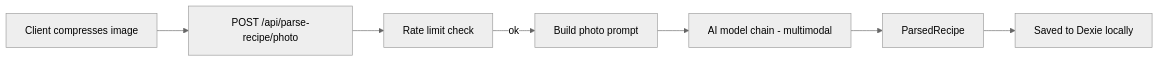
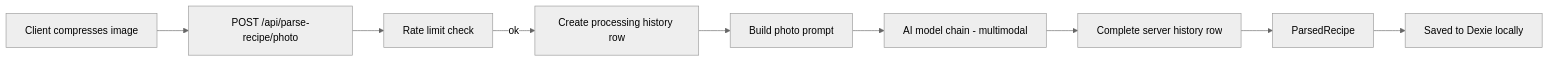
Before and after one commit to Sailarn/RecipAI: the fourth of 6 diagrams in docs/explanation/parse-pipeline.md, drawn with Mermaid (neutral theme). The commit also changed other lines of this file and 20 other files, not shown here.

First line of the commit message:
feat(parse-history): retry failed URL imports and sync photo history

````diff
--- a/docs/explanation/parse-pipeline.md
+++ b/docs/explanation/parse-pipeline.md
@@ -76,9 +76,11 @@
 ```mermaid
 graph LR
     A[Client compresses image] --> B[POST /api/parse-recipe/photo]
     B --> C[Rate limit check]
-    C -->|ok| D[Build photo prompt]
-    D --> E[AI model chain - multimodal]
-    E --> F[ParsedRecipe]
-    F --> G[Saved to Dexie locally]
+    C -->|ok| D[Create processing history row]
+    D --> E[Build photo prompt]
+    E --> F[AI model chain - multimodal]
+    F --> G[Complete server history row]
+    G --> H[ParsedRecipe]
+    H --> I[Saved to Dexie locally]
 ```
````
